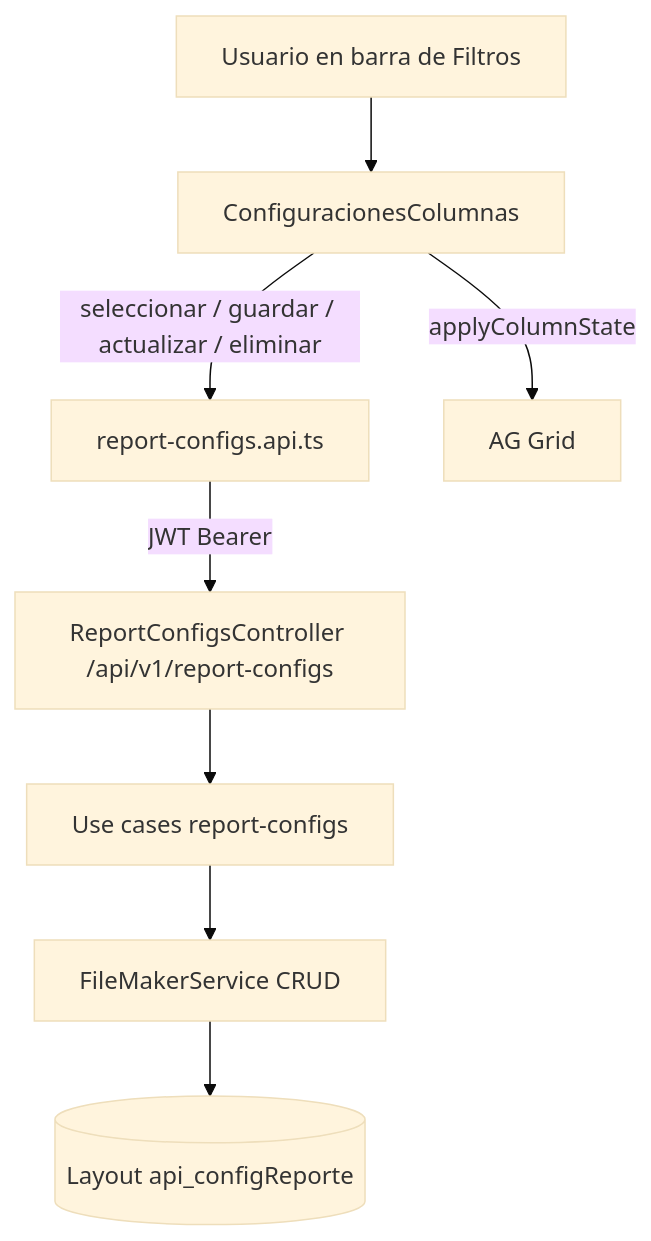
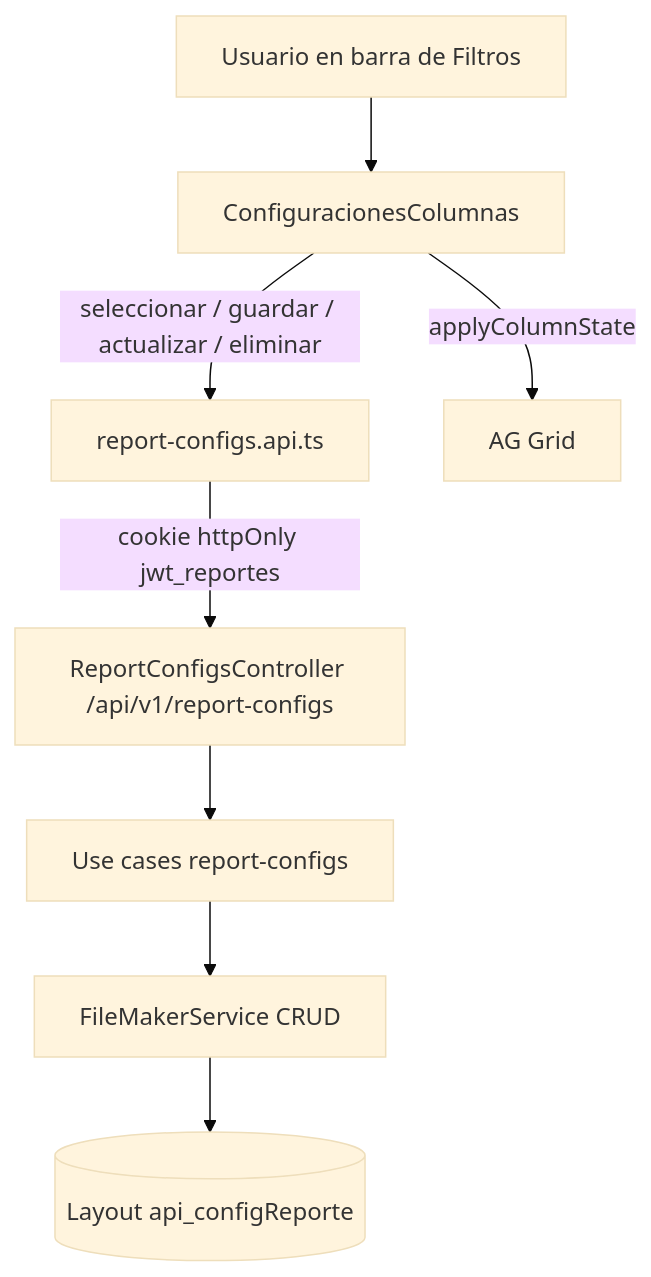
The first of 3 diagrams in docs/jira/tasks/11-config-columnas.md (99-Soluciones/rep-gen), drawn with Mermaid (base theme) before and after one commit. The commit also changed other lines of this file and 9 other files, not shown here.

````diff
--- a/docs/jira/tasks/11-config-columnas.md
+++ b/docs/jira/tasks/11-config-columnas.md
@@ -31,10 +31,10 @@
 ```mermaid
 flowchart TD
   U[Usuario en barra de Filtros] --> SEL[ConfiguracionesColumnas]
   SEL -->|seleccionar / guardar / actualizar / eliminar| API[report-configs.api.ts]
-  API -->|JWT Bearer| CTRL[ReportConfigsController /api/v1/report-configs]
+  API -->|cookie httpOnly jwt_reportes| CTRL[ReportConfigsController /api/v1/report-configs]
   CTRL --> UC[Use cases report-configs]
   UC --> FM[FileMakerService CRUD]
   FM --> LAYOUT[(Layout api_configReporte)]
   SEL -->|applyColumnState| GRID[AG Grid]
 ```
````
